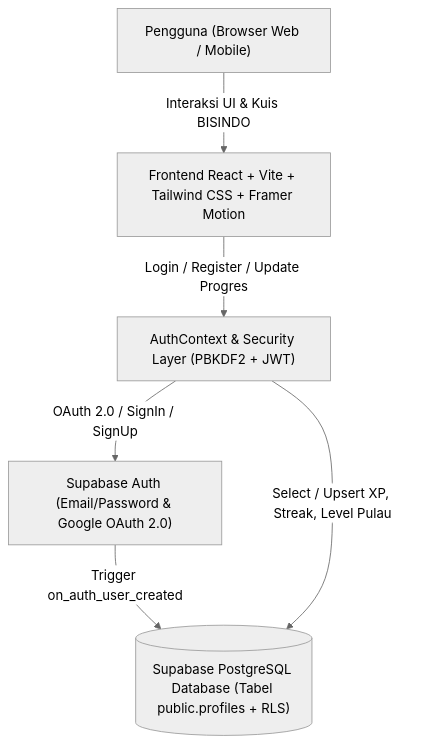
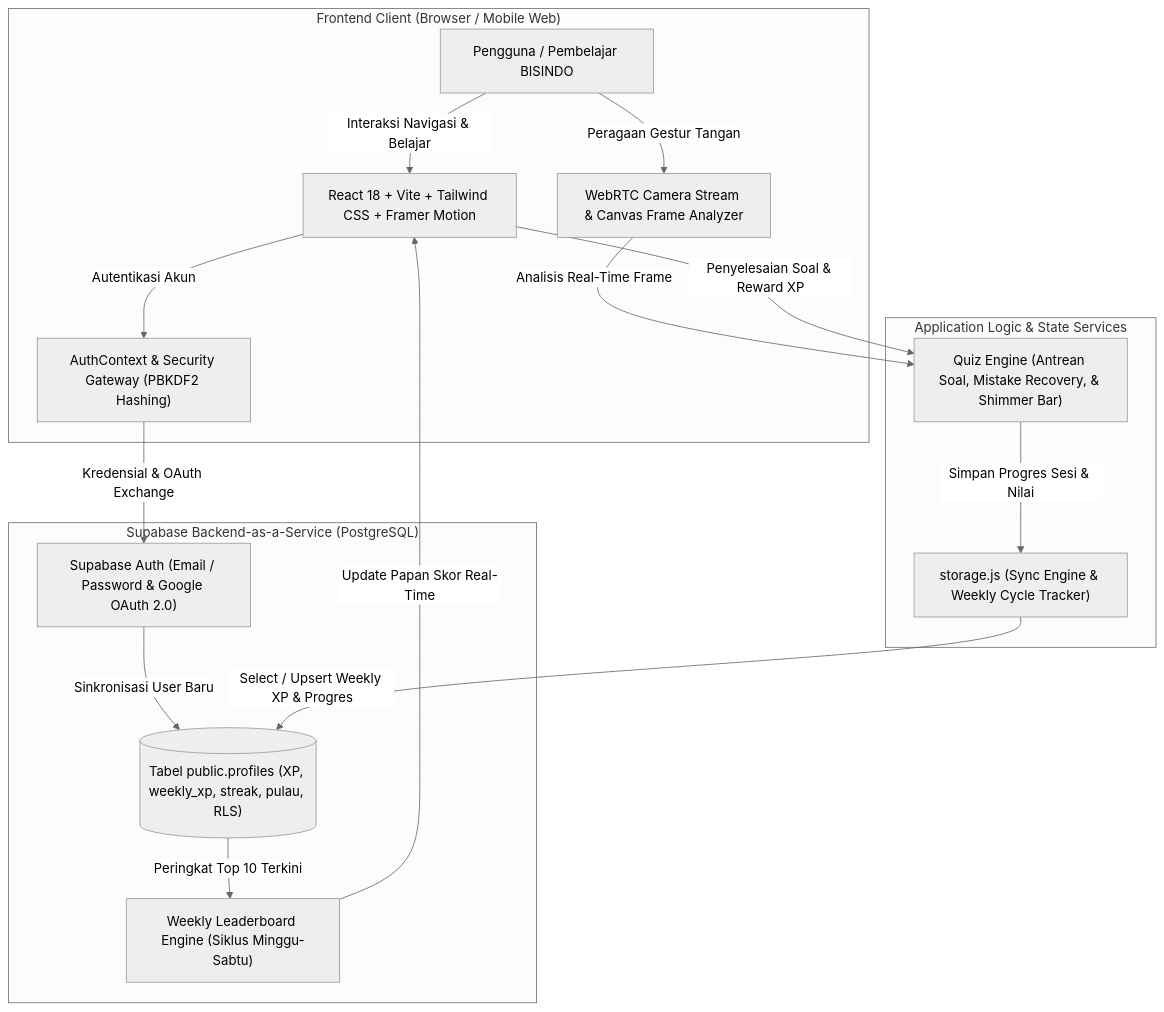
Before and after one commit to RanzyahAdinata/LOGICODIX-Handoora: the diagram in README.md, drawn with Mermaid (neutral theme). The commit also changed other lines of this file, not shown here.

````diff
--- a/README.md
+++ b/README.md
@@ -76,14 +113,32 @@
 ```mermaid
 flowchart TD
-    User["Pengguna (Browser Web / Mobile)"]
-    UI["Frontend React + Vite + Tailwind CSS + Framer Motion"]
-    AuthCtx["AuthContext & Security Layer (PBKDF2 + JWT)"]
-    SupaAuth["Supabase Auth (Email/Password & Google OAuth 2.0)"]
-    SupaDB[("Supabase PostgreSQL Database (Tabel public.profiles + RLS)")]
+    subgraph ClientLayer["Frontend Client (Browser / Mobile Web)"]
+        User["Pengguna / Pembelajar BISINDO"]
+        UI["React 18 + Vite + Tailwind CSS + Framer Motion"]
+        CamModule["WebRTC Camera Stream & Canvas Frame Analyzer"]
+        AuthContext["AuthContext & Security Gateway (PBKDF2 Hashing)"]
+    end
 
-    User -->|Interaksi UI & Kuis BISINDO| UI
-    UI -->|Login / Register / Update Progres| AuthCtx
-    AuthCtx -->|OAuth 2.0 / SignIn / SignUp| SupaAuth
-    SupaAuth -->|Trigger on_auth_user_created| SupaDB
-    AuthCtx -->|Select / Upsert XP, Streak, Level Pulau| SupaDB
+    subgraph ServiceLayer["Application Logic & State Services"]
+        StorageService["storage.js (Sync Engine & Weekly Cycle Tracker)"]
+        QuizEngine["Quiz Engine (Antrean Soal, Mistake Recovery, & Shimmer Bar)"]
+    end
+
+    subgraph CloudLayer["Supabase Backend-as-a-Service (PostgreSQL)"]
+        SupaAuth["Supabase Auth (Email / Password & Google OAuth 2.0)"]
+        ProfilesTable[("Tabel public.profiles (XP, weekly_xp, streak, pulau, RLS)")]
+        LeaderboardView["Weekly Leaderboard Engine (Siklus Minggu-Sabtu)"]
+    end
+
+    User -->|Interaksi Navigasi & Belajar| UI
+    User -->|Peragaan Gestur Tangan| CamModule
+    CamModule -->|Analisis Real-Time Frame| QuizEngine
+    UI -->|Penyelesaian Soal & Reward XP| QuizEngine
+    UI -->|Autentikasi Akun| AuthContext
+    AuthContext -->|Kredensial & OAuth Exchange| SupaAuth
+    SupaAuth -->|Sinkronisasi User Baru| ProfilesTable
+    QuizEngine -->|Simpan Progres Sesi & Nilai| StorageService
+    StorageService -->|Select / Upsert Weekly XP & Progres| ProfilesTable
+    ProfilesTable -->|Peringkat Top 10 Terkini| LeaderboardView
+    LeaderboardView -->|Update Papan Skor Real-Time| UI
 ```
````
